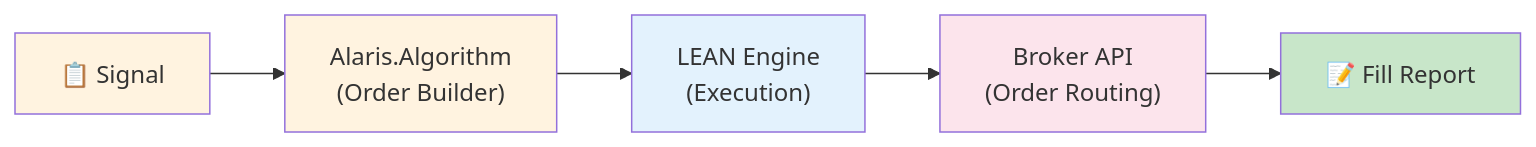
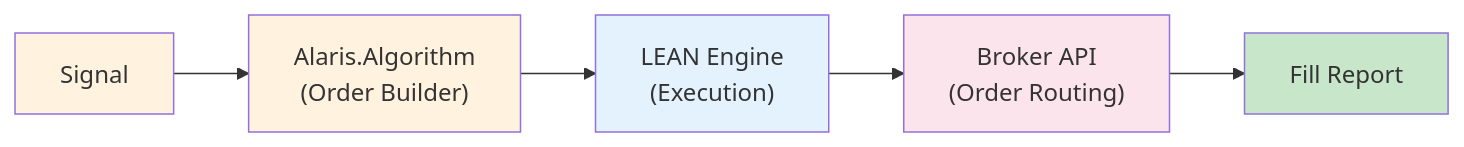
The third of 3 diagrams in docs/architecture.md (averagestudentdontfail/Alaris), drawn with Mermaid before and after one commit. The commit also changed other lines of this file and 1 other file, not shown here.

Commit message:
Small updates.

````diff
--- a/docs/architecture.md
+++ b/docs/architecture.md
@@ -314,13 +314,13 @@
 ```mermaid
 flowchart LR
-    A["📋 Signal"] --> B["Alaris.Algorithm<br/>(Order Builder)"]
+    A["Signal"] --> B["Alaris.Algorithm<br/>(Order Builder)"]
     B --> C["LEAN Engine<br/>(Execution)"]
     C --> D["Broker API<br/>(Order Routing)"]
-    D --> E["📝 Fill Report"]
+    D --> E["Fill Report"]
 
     style A fill:#fff3e0
     style B fill:#fff3e0
     style C fill:#e3f2fd
     style D fill:#fce4ec
     style E fill:#c8e6c9
 ```
````
